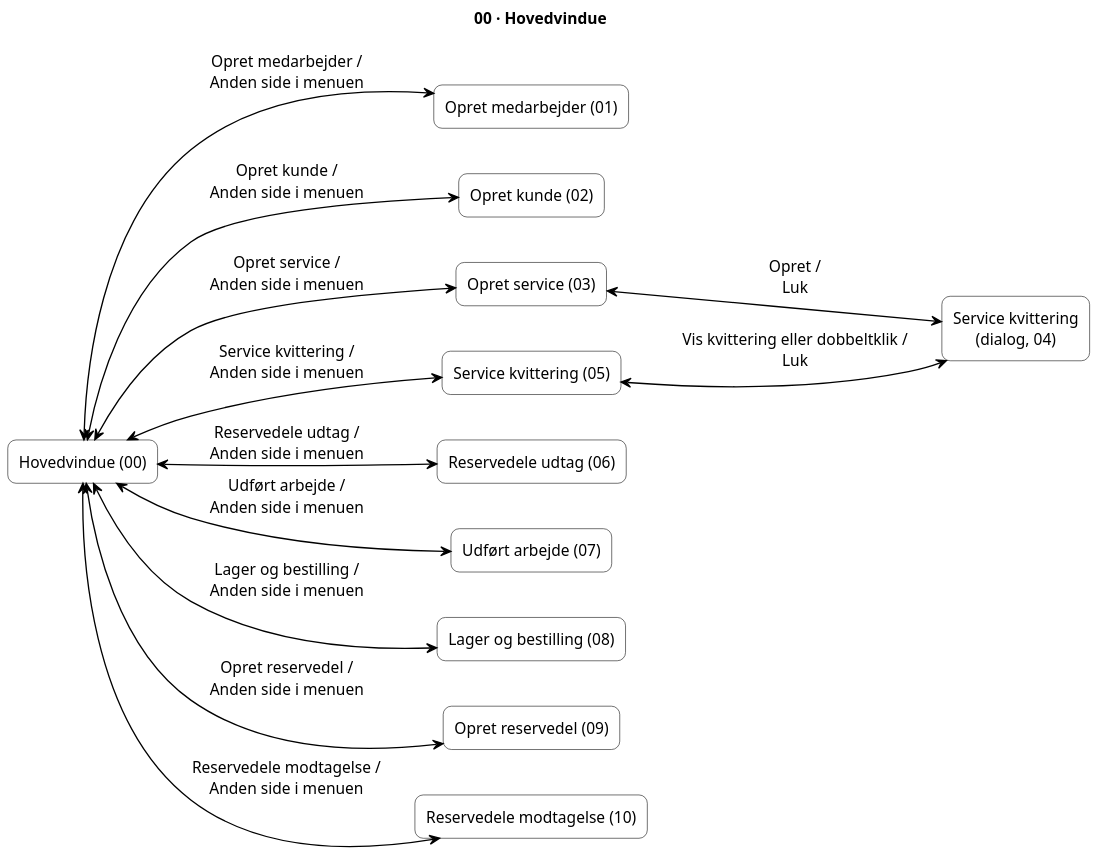
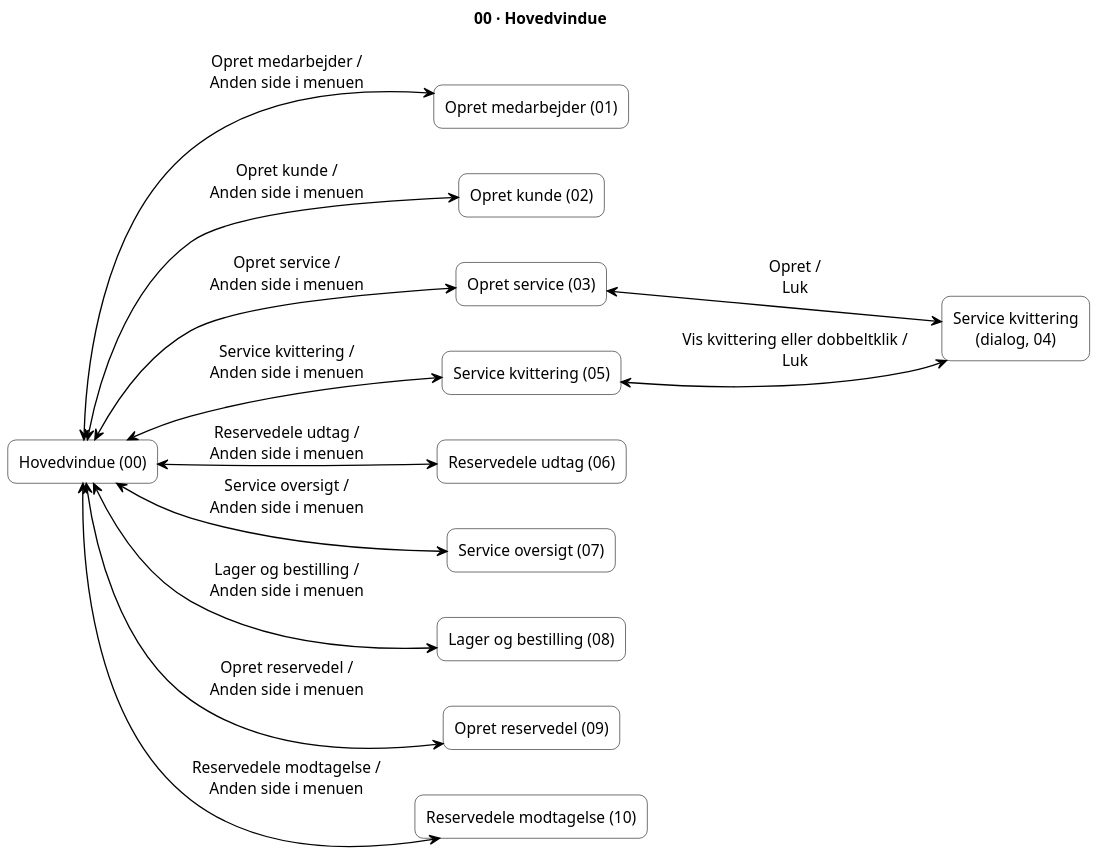
The diagram in 8. Navigations Diagram/00_hovedvindue.puml (Zoabz/Getting-Real), drawn with PlantUML before and after one commit. The commit also changed 14 other files, not shown here.

```diff
--- a/8. Navigations Diagram/00_hovedvindue.puml
+++ b/8. Navigations Diagram/00_hovedvindue.puml
@@ -2,40 +2,40 @@
 @startuml
 title 00 · Hovedvindue
 skinparam shadowing false
 skinparam dpi 150
 skinparam defaultTextAlignment center
 skinparam defaultFontSize 14
 skinparam ArrowColor black
 skinparam ArrowThickness 1.2
 skinparam rectangle {
   BackgroundColor white
   BorderColor black
   RoundCorner 15
 }
 
 left to right direction
 
 rectangle "Hovedvindue (00)" as H
 rectangle "Opret medarbejder (01)" as P01
 rectangle "Opret kunde (02)" as P02
 rectangle "Opret service (03)" as P03
 rectangle "Service kvittering\n(dialog, 04)" as D04
 rectangle "Service kvittering (05)" as P05
 rectangle "Reservedele udtag (06)" as P06
-rectangle "Udført arbejde (07)" as P07
+rectangle "Service oversigt (07)" as P07
 rectangle "Lager og bestilling (08)" as P08
 rectangle "Opret reservedel (09)" as P09
 rectangle "Reservedele modtagelse (10)" as P10
 
 H <--> P01 : Opret medarbejder /\nAnden side i menuen
 H <--> P02 : Opret kunde /\nAnden side i menuen
 H <--> P03 : Opret service /\nAnden side i menuen
 H <--> P05 : Service kvittering /\nAnden side i menuen
 H <--> P06 : Reservedele udtag /\nAnden side i menuen
-H <--> P07 : Udført arbejde /\nAnden side i menuen
+H <--> P07 : Service oversigt /\nAnden side i menuen
 H <--> P08 : Lager og bestilling /\nAnden side i menuen
 H <--> P09 : Opret reservedel /\nAnden side i menuen
 H <--> P10 : Reservedele modtagelse /\nAnden side i menuen
 P03 <--> D04 : Opret /\nLuk
 P05 <--> D04 : Vis kvittering eller dobbeltklik /\nLuk
 @enduml
```
